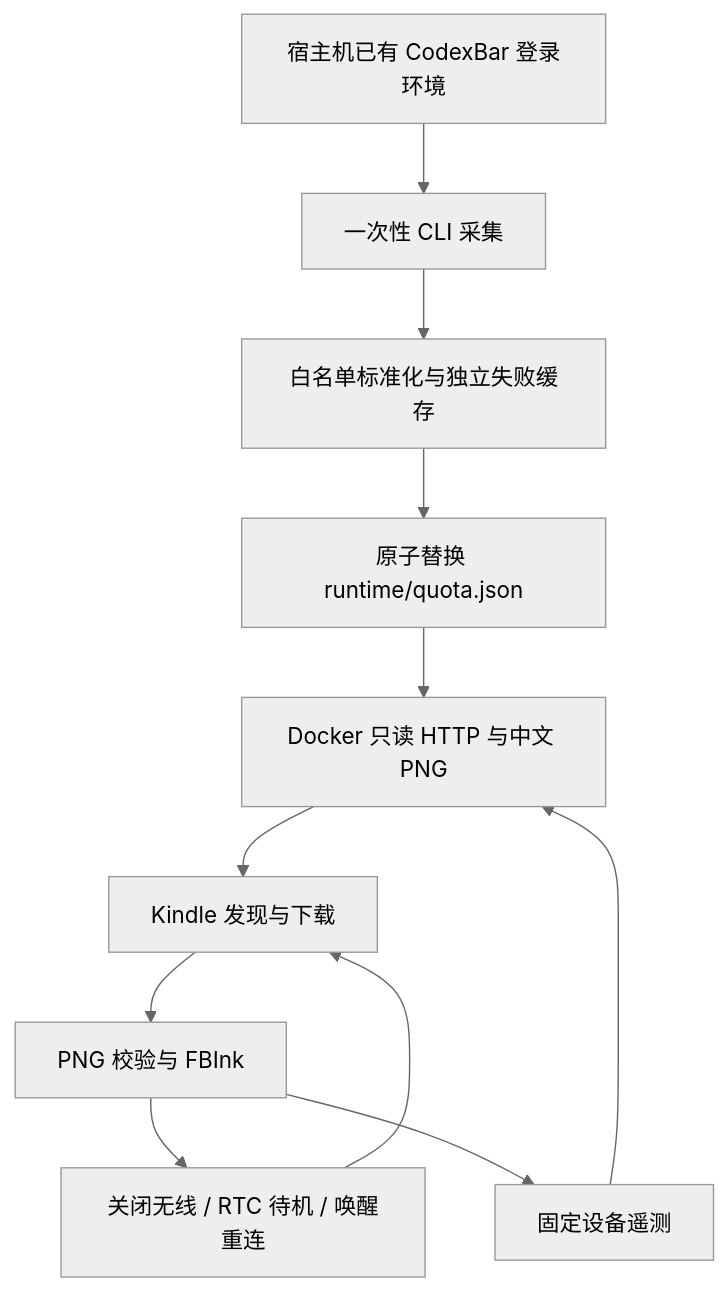
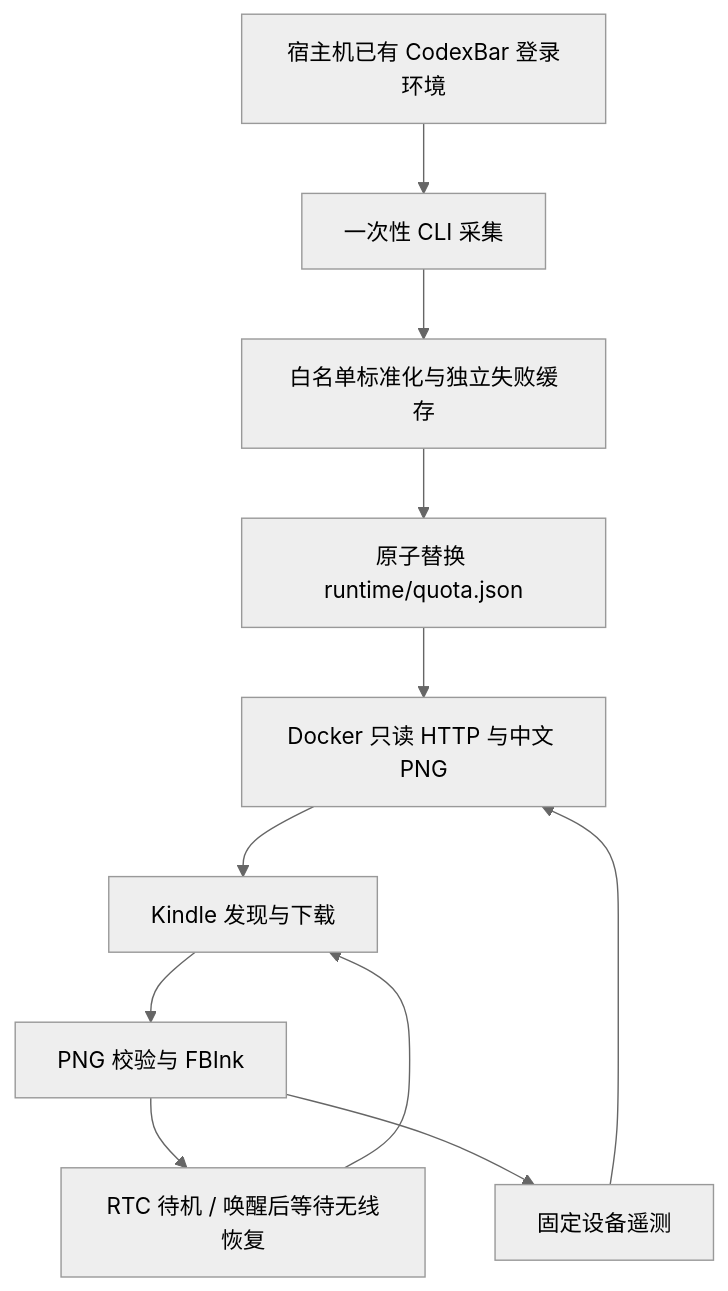
Before and after one commit to zfanswer/kindle-quota-display: the diagram in docs/design.md, drawn with Mermaid (neutral theme). The commit also changed other lines of this file and 11 other files, not shown here.

````diff
--- a/docs/design.md
+++ b/docs/design.md
@@ -5,13 +5,13 @@
 ```mermaid
 flowchart TD
     A[宿主机已有 CodexBar 登录环境] --> B[一次性 CLI 采集]
     B --> C[白名单标准化与独立失败缓存]
     C --> D[原子替换 runtime/quota.json]
     D --> E[Docker 只读 HTTP 与中文 PNG]
     E --> F[Kindle 发现与下载]
     F --> G[PNG 校验与 FBInk]
-    G --> H[关闭无线 / RTC 待机 / 唤醒重连]
+    G --> H[RTC 待机 / 唤醒后等待无线恢复]
     H --> F
     G --> I[固定设备遥测]
     I --> E
 ```
````
